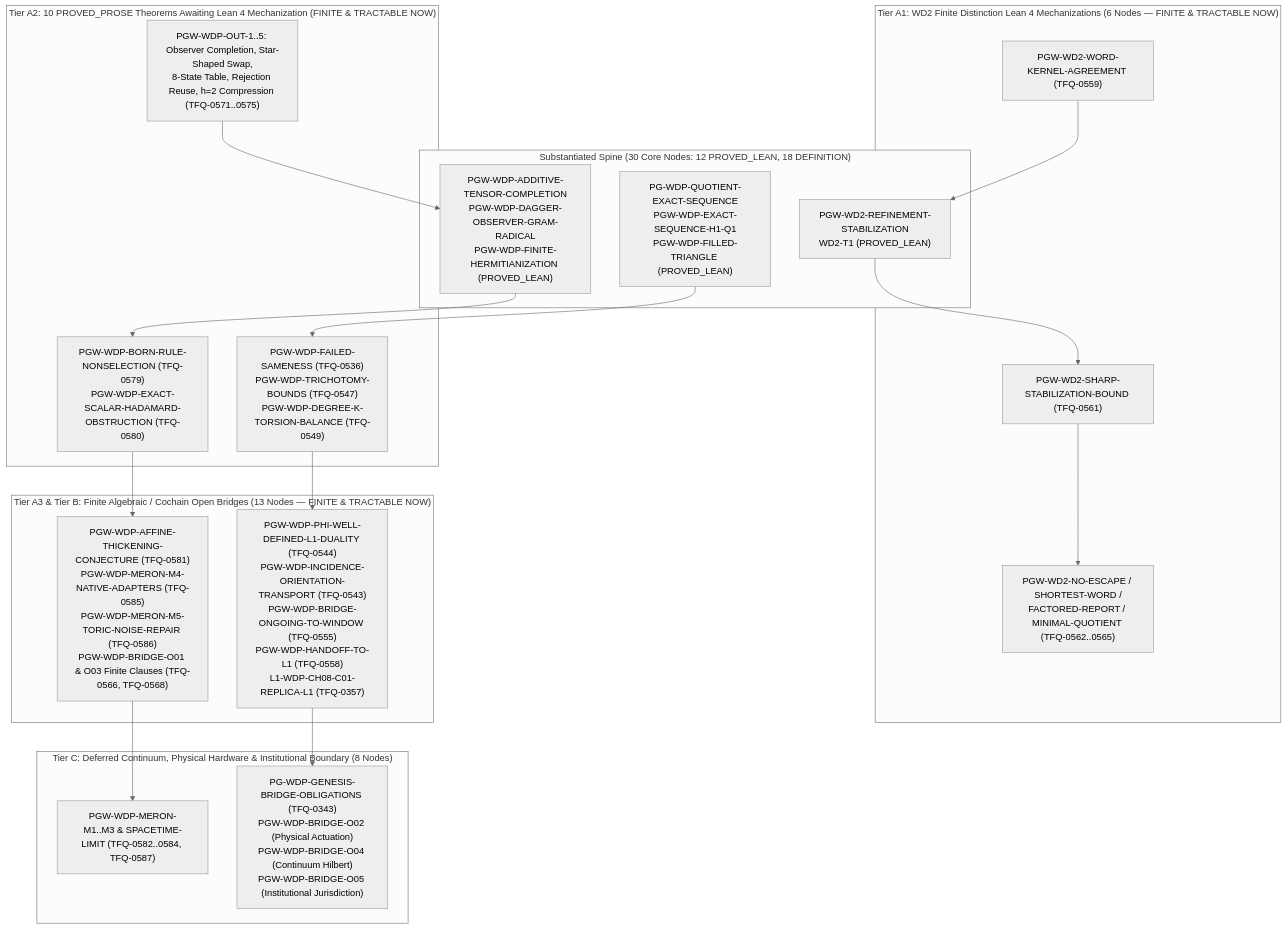
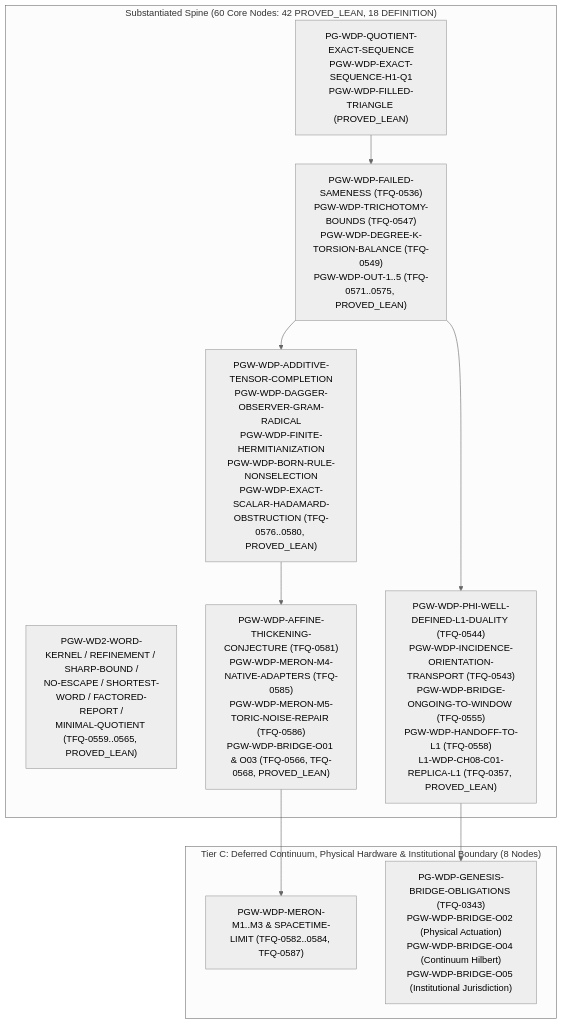
The diagram in atlas/finite_obstruction_calculus/witnessed_difference_programme/docs/04_roadmap_and_gaps/WDP_DERIVATION_DAG.md (dbccpage/theory_of_finite_quantum_mechanics), drawn with Mermaid (neutral theme) before and after one commit. The commit also changed other lines of this file and 12 other files, not shown here.

Commit message:
fix(wdp): sync Four-Quadrant docs, WDP DAG mirror, axiom receipt, and Lean exports after Batches 1-6

````diff
--- a/atlas/finite_obstruction_calculus/witnessed_difference_programme/docs/04_roadmap_and_gaps/WDP_DERIVATION_DAG.md
+++ b/atlas/finite_obstruction_calculus/witnessed_difference_programme/docs/04_roadmap_and_gaps/WDP_DERIVATION_DAG.md
@@ -29,36 +29,21 @@
 ```mermaid
 flowchart TD
-    subgraph S_DONE["Substantiated Spine (30 Core Nodes: 12 PROVED_LEAN, 18 DEFINITION)"]
+    subgraph S_DONE["Substantiated Spine (60 Core Nodes: 42 PROVED_LEAN, 18 DEFINITION)"]
         WDP_CORE["PG-WDP-QUOTIENT-EXACT-SEQUENCE<br/>PGW-WDP-EXACT-SEQUENCE-H1-Q1<br/>PGW-WDP-FILLED-TRIANGLE (PROVED_LEAN)"]
-        WD2_T1["PGW-WD2-REFINEMENT-STABILIZATION<br/>WD2-T1 (PROVED_LEAN)"]
-        QM_SPINE["PGW-WDP-ADDITIVE-TENSOR-COMPLETION<br/>PGW-WDP-DAGGER-OBSERVER-GRAM-RADICAL<br/>PGW-WDP-FINITE-HERMITIANIZATION (PROVED_LEAN)"]
-    end
-
-    subgraph S_TIER_A1["Tier A1: WD2 Finite Distinction Lean 4 Mechanizations (6 Nodes — FINITE & TRACTABLE NOW)"]
-        WD2_L1["PGW-WD2-WORD-KERNEL-AGREEMENT (TFQ-0559)"]
-        WD2_T2["PGW-WD2-SHARP-STABILIZATION-BOUND (TFQ-0561)"]
-        WD2_T3_T6["PGW-WD2-NO-ESCAPE / SHORTEST-WORD /<br/>FACTORED-REPORT / MINIMAL-QUOTIENT (TFQ-0562..0565)"]
-    end
-
-    subgraph S_TIER_A2["Tier A2: 10 PROVED_PROSE Theorems Awaiting Lean 4 Mechanization (FINITE & TRACTABLE NOW)"]
-        WDP_PROSE_CORE["PGW-WDP-FAILED-SAMENESS (TFQ-0536)<br/>PGW-WDP-TRICHOTOMY-BOUNDS (TFQ-0547)<br/>PGW-WDP-DEGREE-K-TORSION-BALANCE (TFQ-0549)"]
-        WDP_OUT_1_5["PGW-WDP-OUT-1..5: Observer Completion, Star-Shaped Swap,<br/>8-State Table, Rejection Reuse, h=2 Compression (TFQ-0571..0575)"]
-        WDP_QM_PROSE["PGW-WDP-BORN-RULE-NONSELECTION (TFQ-0579)<br/>PGW-WDP-EXACT-SCALAR-HADAMARD-OBSTRUCTION (TFQ-0580)"]
-    end
-
-    subgraph S_TIER_B["Tier A3 & Tier B: Finite Algebraic / Cochain Open Bridges (13 Nodes — FINITE & TRACTABLE NOW)"]
-        FIN_BRIDGES["PGW-WDP-PHI-WELL-DEFINED-L1-DUALITY (TFQ-0544)<br/>PGW-WDP-INCIDENCE-ORIENTATION-TRANSPORT (TFQ-0543)<br/>PGW-WDP-BRIDGE-ONGOING-TO-WINDOW (TFQ-0555)<br/>PGW-WDP-HANDOFF-TO-L1 (TFQ-0558)<br/>L1-WDP-CH08-C01-REPLICA-L1 (TFQ-0357)"]
-        FIN_TARGETS["PGW-WDP-AFFINE-THICKENING-CONJECTURE (TFQ-0581)<br/>PGW-WDP-MERON-M4-NATIVE-ADAPTERS (TFQ-0585)<br/>PGW-WDP-MERON-M5-TORIC-NOISE-REPAIR (TFQ-0586)<br/>PGW-WDP-BRIDGE-O01 & O03 Finite Clauses (TFQ-0566, TFQ-0568)"]
+        WD2_T1["PGW-WD2-WORD-KERNEL / REFINEMENT / SHARP-BOUND /<br/>NO-ESCAPE / SHORTEST-WORD / FACTORED-REPORT /<br/>MINIMAL-QUOTIENT (TFQ-0559..0565, PROVED_LEAN)"]
+        WDP_B2["PGW-WDP-FAILED-SAMENESS (TFQ-0536)<br/>PGW-WDP-TRICHOTOMY-BOUNDS (TFQ-0547)<br/>PGW-WDP-DEGREE-K-TORSION-BALANCE (TFQ-0549)<br/>PGW-WDP-OUT-1..5 (TFQ-0571..0575, PROVED_LEAN)"]
+        QM_SPINE["PGW-WDP-ADDITIVE-TENSOR-COMPLETION<br/>PGW-WDP-DAGGER-OBSERVER-GRAM-RADICAL<br/>PGW-WDP-FINITE-HERMITIANIZATION<br/>PGW-WDP-BORN-RULE-NONSELECTION<br/>PGW-WDP-EXACT-SCALAR-HADAMARD-OBSTRUCTION (TFQ-0576..0580, PROVED_LEAN)"]
+        FIN_BRIDGES["PGW-WDP-PHI-WELL-DEFINED-L1-DUALITY (TFQ-0544)<br/>PGW-WDP-INCIDENCE-ORIENTATION-TRANSPORT (TFQ-0543)<br/>PGW-WDP-BRIDGE-ONGOING-TO-WINDOW (TFQ-0555)<br/>PGW-WDP-HANDOFF-TO-L1 (TFQ-0558)<br/>L1-WDP-CH08-C01-REPLICA-L1 (TFQ-0357, PROVED_LEAN)"]
+        FIN_TARGETS["PGW-WDP-AFFINE-THICKENING-CONJECTURE (TFQ-0581)<br/>PGW-WDP-MERON-M4-NATIVE-ADAPTERS (TFQ-0585)<br/>PGW-WDP-MERON-M5-TORIC-NOISE-REPAIR (TFQ-0586)<br/>PGW-WDP-BRIDGE-O01 & O03 (TFQ-0566, TFQ-0568, PROVED_LEAN)"]
     end
 
     subgraph S_DEFERRED["Tier C: Deferred Continuum, Physical Hardware & Institutional Boundary (8 Nodes)"]
         CONT_MERON["PGW-WDP-MERON-M1..M3 & SPACETIME-LIMIT (TFQ-0582..0584, TFQ-0587)"]
         EXT_BRIDGES["PG-WDP-GENESIS-BRIDGE-OBLIGATIONS (TFQ-0343)<br/>PGW-WDP-BRIDGE-O02 (Physical Actuation)<br/>PGW-WDP-BRIDGE-O04 (Continuum Hilbert)<br/>PGW-WDP-BRIDGE-O05 (Institutional Jurisdiction)"]
     end
 
-    WD2_L1 --> WD2_T1 --> WD2_T2 --> WD2_T3_T6
-    WDP_CORE --> WDP_PROSE_CORE --> FIN_BRIDGES
-    WDP_OUT_1_5 --> QM_SPINE --> WDP_QM_PROSE --> FIN_TARGETS
+    WDP_CORE --> WDP_B2 --> FIN_BRIDGES
+    WDP_B2 --> QM_SPINE --> FIN_TARGETS
     FIN_TARGETS --> CONT_MERON
     FIN_BRIDGES --> EXT_BRIDGES
 ```
````
